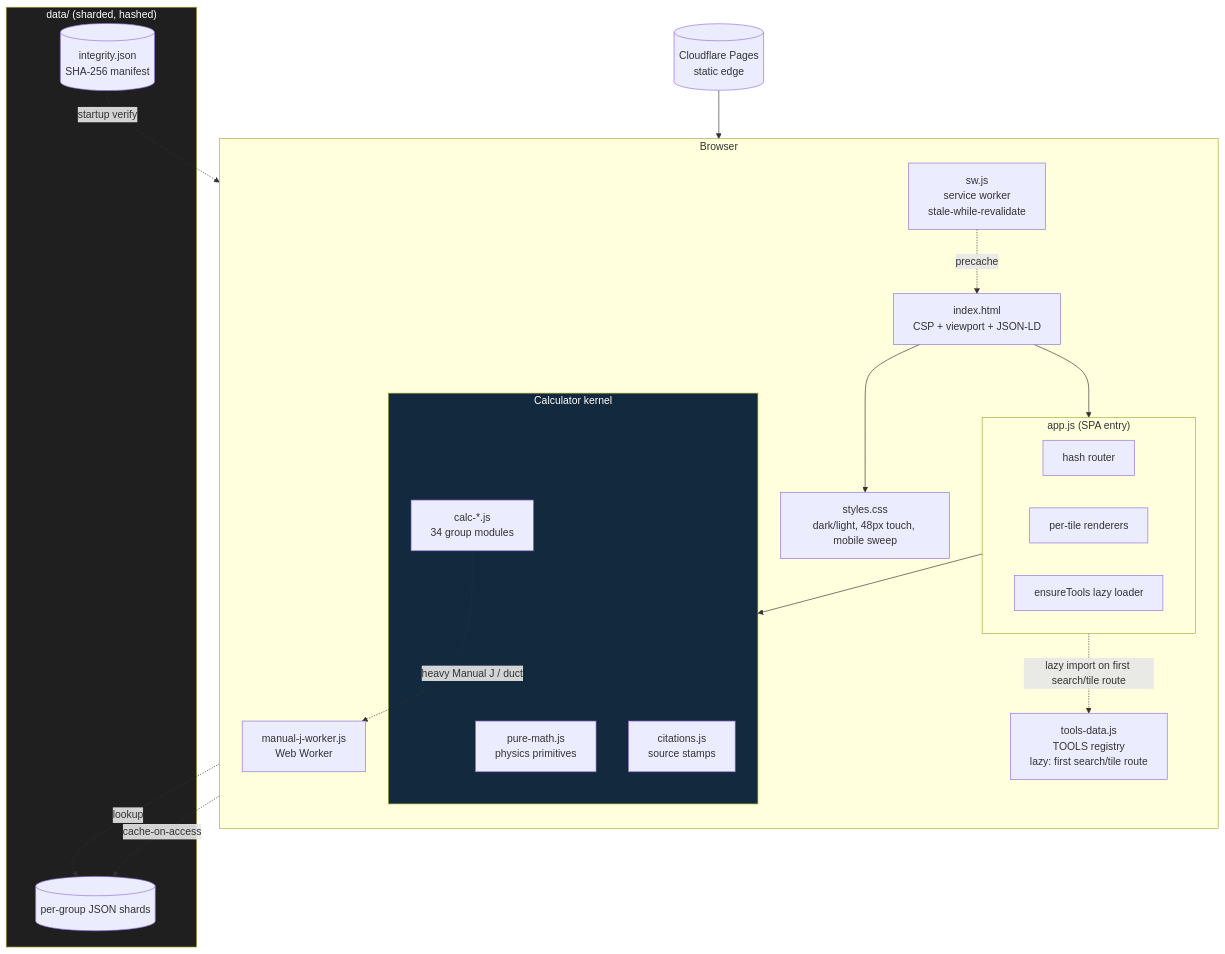
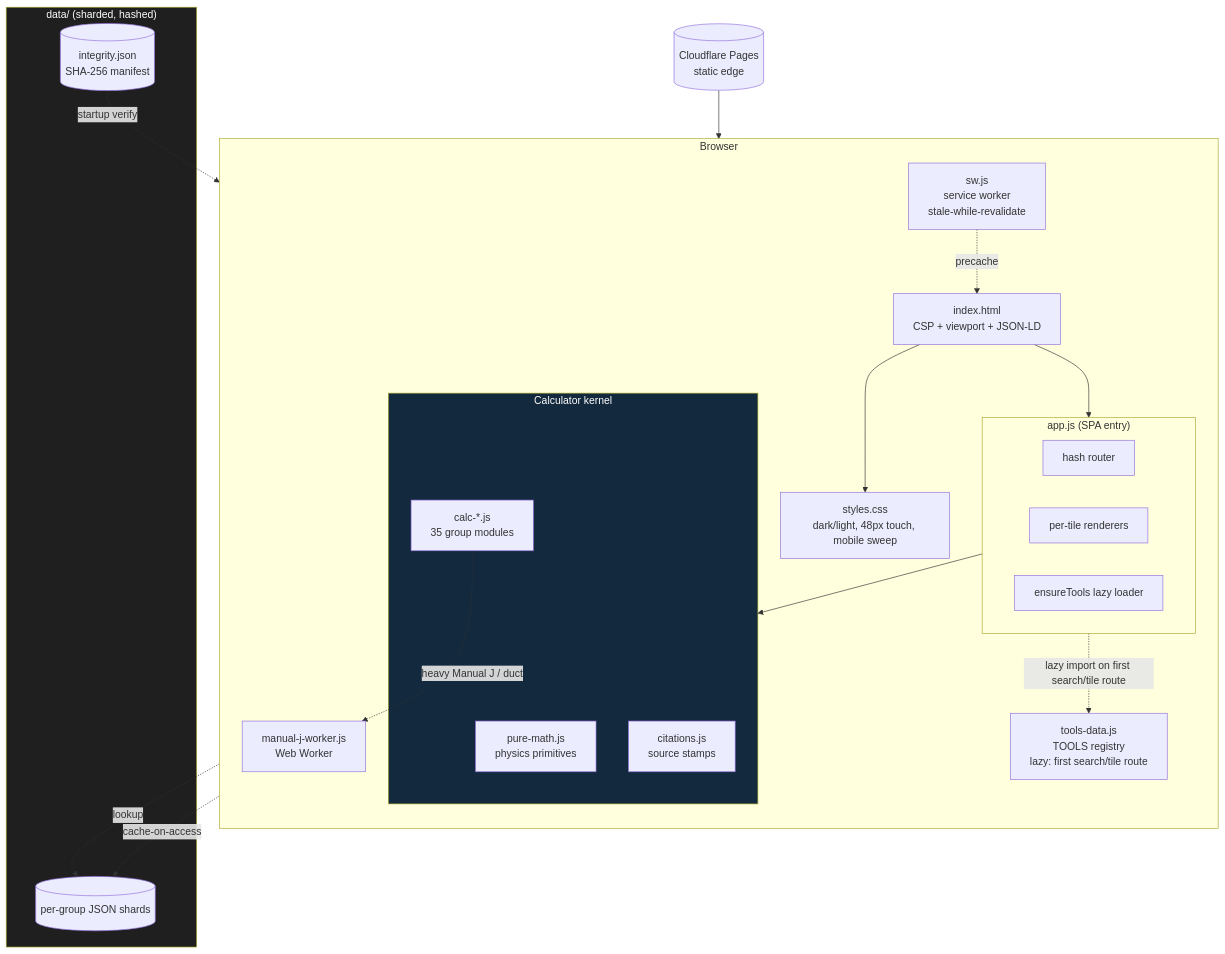
One commit to clay-good/roughlogic.com changed the second of 8 diagrams in README.md. Above: the diagram before and after it, drawn with Mermaid. The commit also changed other lines of this file and 18 other files, not shown here.

````diff
--- a/README.md
+++ b/README.md
@@ -77,39 +77,39 @@
 ```mermaid
 flowchart TB
     subgraph Browser
         direction TB
         HTML[index.html\nCSP + viewport + JSON-LD]
         CSS[styles.css\ndark/light, 48px touch, mobile sweep]
         subgraph App["app.js (SPA entry)"]
             ROUTE[hash router]
             RENDER[per-tile renderers]
             ENSURE[ensureTools lazy loader]
         end
         TOOLS[tools-data.js\nTOOLS registry\nlazy: first search/tile route]
         subgraph Calc["Calculator kernel"]
             PM[pure-math.js\nphysics primitives]
-            CALC[calc-*.js\n34 group modules]
+            CALC[calc-*.js\n35 group modules]
             CIT[citations.js\nsource stamps]
         end
         SW[sw.js\nservice worker\nstale-while-revalidate]
         WORKER[manual-j-worker.js\nWeb Worker]
     end
     subgraph Data["data/ (sharded, hashed)"]
         SHARDS[(per-group JSON shards)]
         INTEG[(integrity.json\nSHA-256 manifest)]
     end
     CDN[(Cloudflare Pages\nstatic edge)]
 
     CDN --> HTML
     HTML --> CSS
     HTML --> App
     App -.lazy import on first search/tile route.-> TOOLS
     App --> Calc
     CALC -.->|heavy Manual J / duct| WORKER
     CALC -.->|lookup| SHARDS
     SW -.precache.-> HTML
     SW -.cache-on-access.-> SHARDS
     INTEG -.startup verify.-> App
     style Calc fill:#13293d,color:#fff
     style Data fill:#1f1f1f,color:#fff
 ```
````
